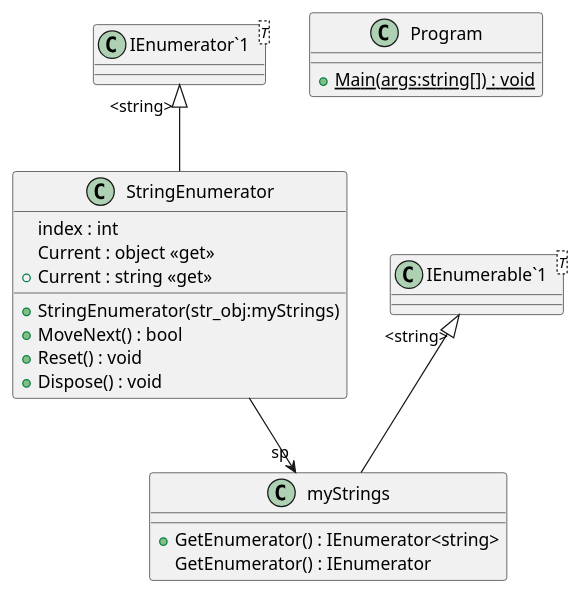
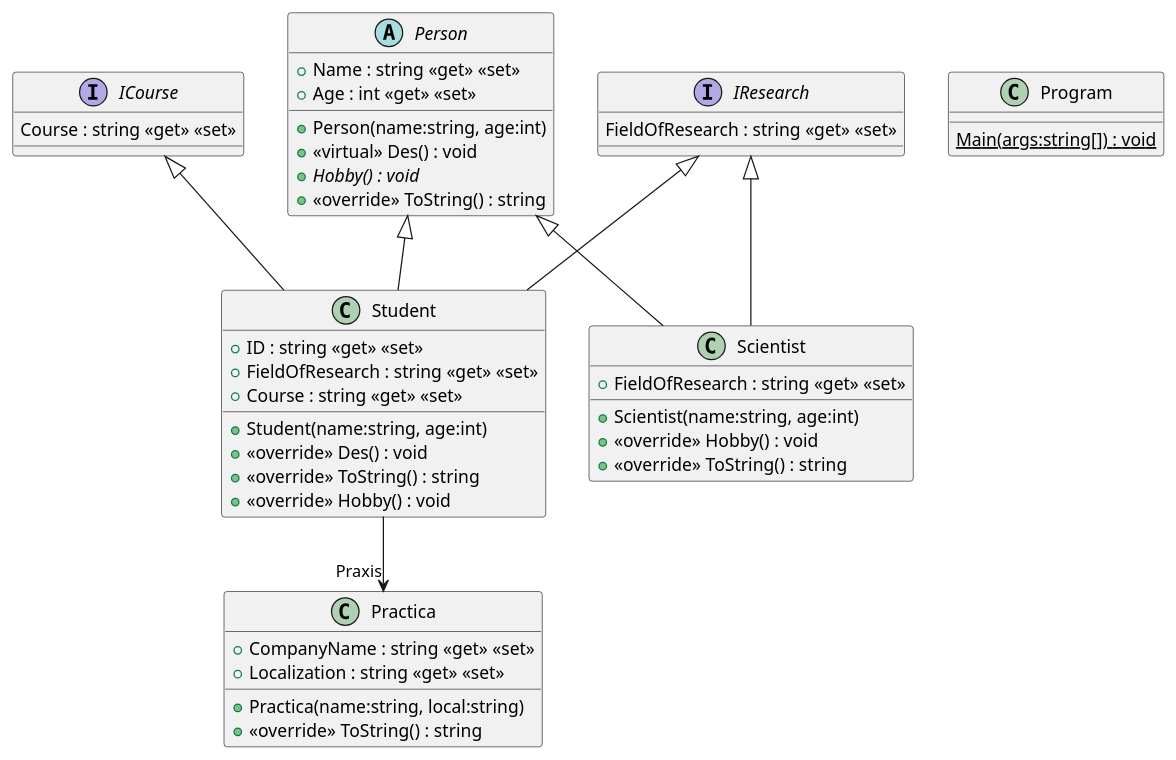
One commit to mmachel/Basics changed the diagram in TestUML/include.puml. Above: the diagram before and after it, drawn with PlantUML.

Commit message:
Add new version of plantUML file

```diff
--- a/TestUML/include.puml
+++ b/TestUML/include.puml
@@ -1,25 +1,46 @@
 @startuml
-class myStrings {
-    + GetEnumerator() : IEnumerator<string>
-    GetEnumerator() : IEnumerator
+interface ICourse {
+    Course : string <<get>> <<set>>
 }
-class StringEnumerator {
-    index : int
-    + StringEnumerator(str_obj:myStrings)
-    Current : object <<get>>
-    + Current : string <<get>>
-    + MoveNext() : bool
-    + Reset() : void
-    + Dispose() : void
+interface IResearch {
+    FieldOfResearch : string <<get>> <<set>>
+}
+abstract class Person {
+    + Name : string <<get>> <<set>>
+    + Age : int <<get>> <<set>>
+    + Person(name:string, age:int)
+    + <<virtual>> Des() : void
+    + {abstract} Hobby() : void
+    + <<override>> ToString() : string
+}
+class Practica {
+    + CompanyName : string <<get>> <<set>>
+    + Localization : string <<get>> <<set>>
+    + Practica(name:string, local:string)
+    + <<override>> ToString() : string
+}
+class Student {
+    + ID : string <<get>> <<set>>
+    + FieldOfResearch : string <<get>> <<set>>
+    + Course : string <<get>> <<set>>
+    + Student(name:string, age:int)
+    + <<override>> Des() : void
+    + <<override>> ToString() : string
+    + <<override>> Hobby() : void
+}
+class Scientist {
+    + FieldOfResearch : string <<get>> <<set>>
+    + Scientist(name:string, age:int)
+    + <<override>> Hobby() : void
+    + <<override>> ToString() : string
 }
 class Program {
-    + {static} Main(args:string[]) : void
+    {static} Main(args:string[]) : void
 }
-class "IEnumerable`1"<T> {
-}
-class "IEnumerator`1"<T> {
-}
-"IEnumerable`1" "<string>" <|-- myStrings
-"IEnumerator`1" "<string>" <|-- StringEnumerator
-StringEnumerator --> "sp" myStrings
+Person <|-- Student
+ICourse <|-- Student
+IResearch <|-- Student
+Student --> "Praxis" Practica
+Person <|-- Scientist
+IResearch <|-- Scientist
 @enduml
```
